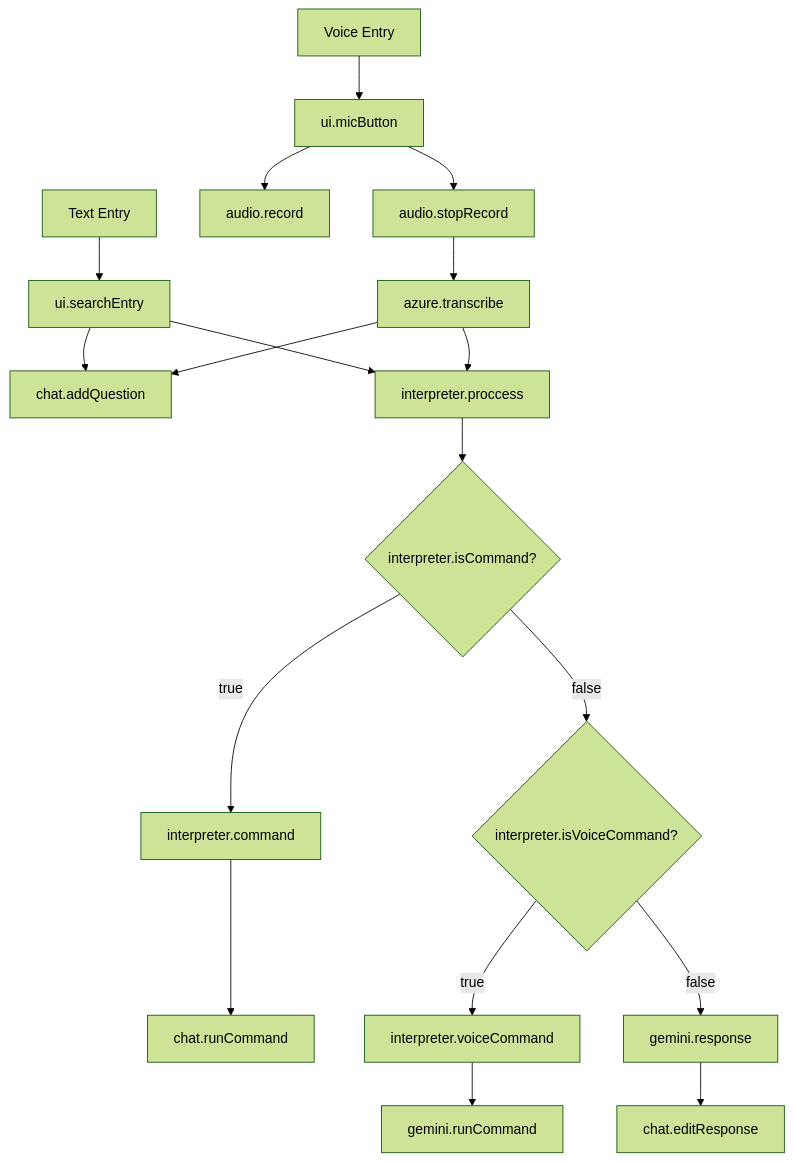
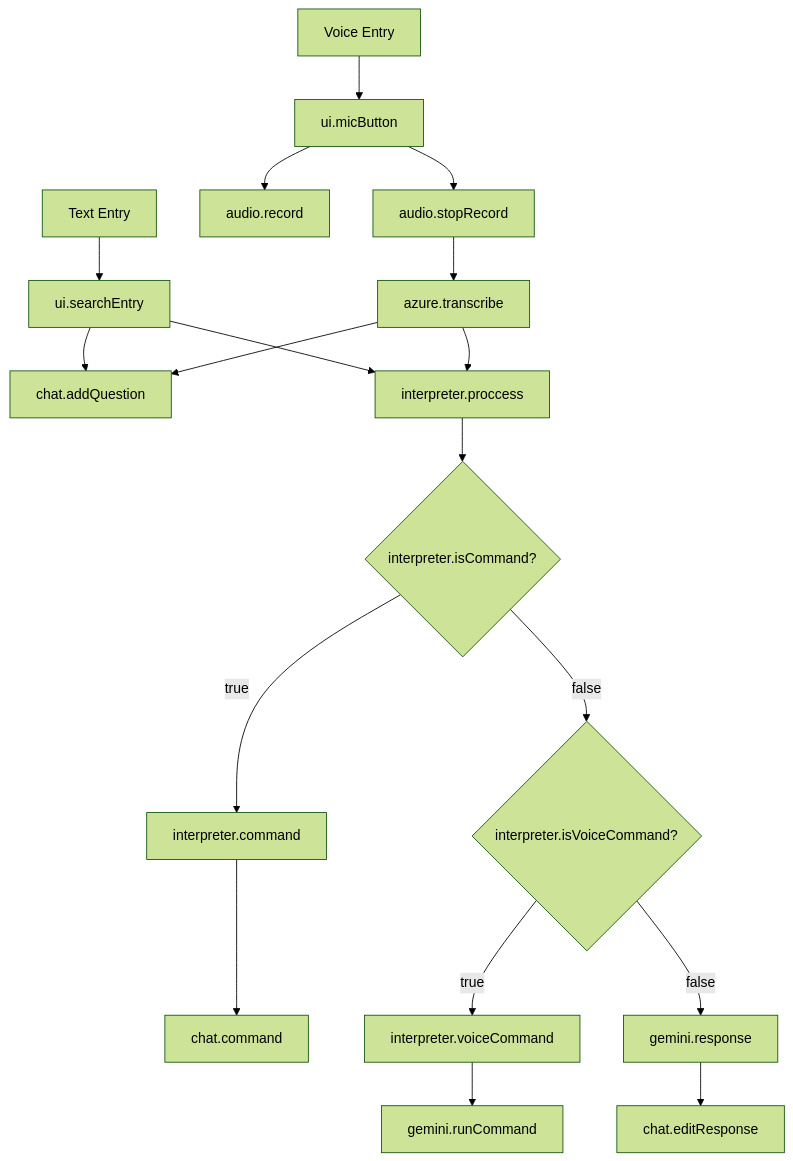
Before and after one commit to hermannhahn/aiva: the diagram in Flowchart.md, drawn with Mermaid (forest theme). The commit also changed 1 other file, not shown here.

````diff
--- a/Flowchart.md
+++ b/Flowchart.md
@@ -1,25 +1,24 @@
 ```mermaid
 graph TD
     %% Text Entry
     TEXTENTRY[Text Entry] --> A[ui.searchEntry]
     A --> B[chat.addQuestion]
     A --> C[interpreter.proccess]
 
     %% Voice Entry
     VOICEENTRY[Voice Entry] --> D[ui.micButton]
     D --> E[audio.record]
     D --> F[audio.stopRecord]
 
     %% Audio
     F --> G[azure.transcribe]
     G --> B
     G --> C
 
     %% Interpreter
     C --> H{interpreter.isCommand?}
-    H -- true --> I[interpreter.command] --> J[chat.runCommand]
+    H -- true --> I[interpreter.command] --> J[chat.command]
     H -- false --> K{interpreter.isVoiceCommand?}
-
     K -- true --> L[interpreter.voiceCommand] --> M[gemini.runCommand]
     K -- false --> N[gemini.response] --> O[chat.editResponse]
 ```
````
